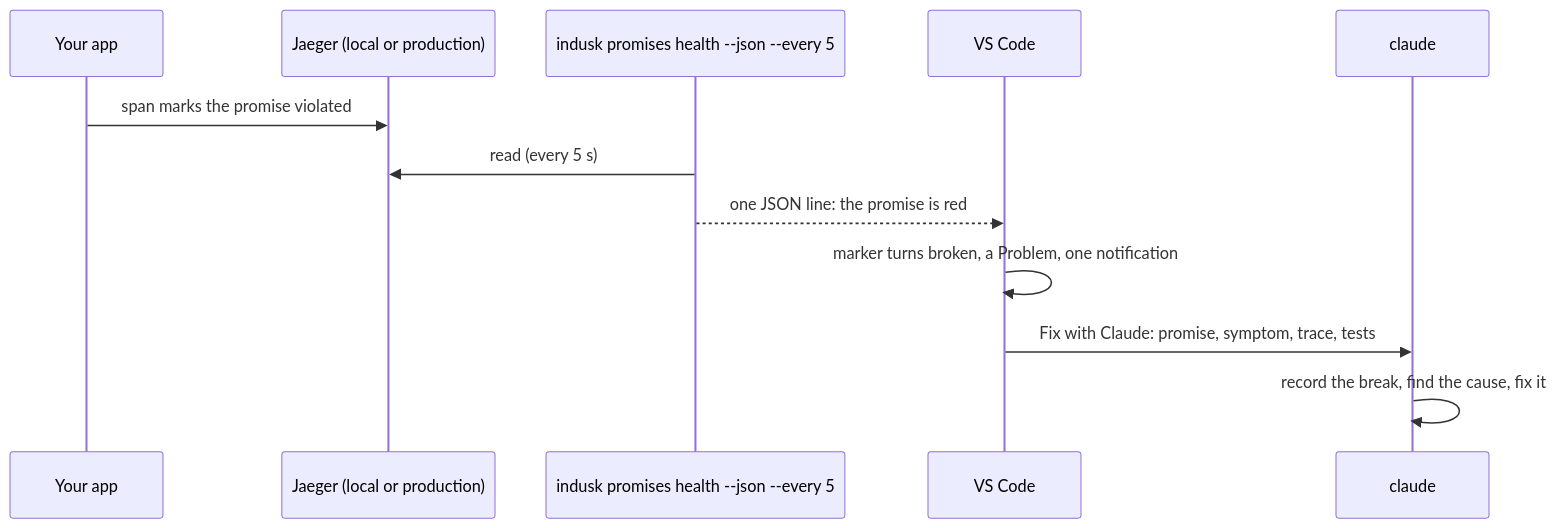
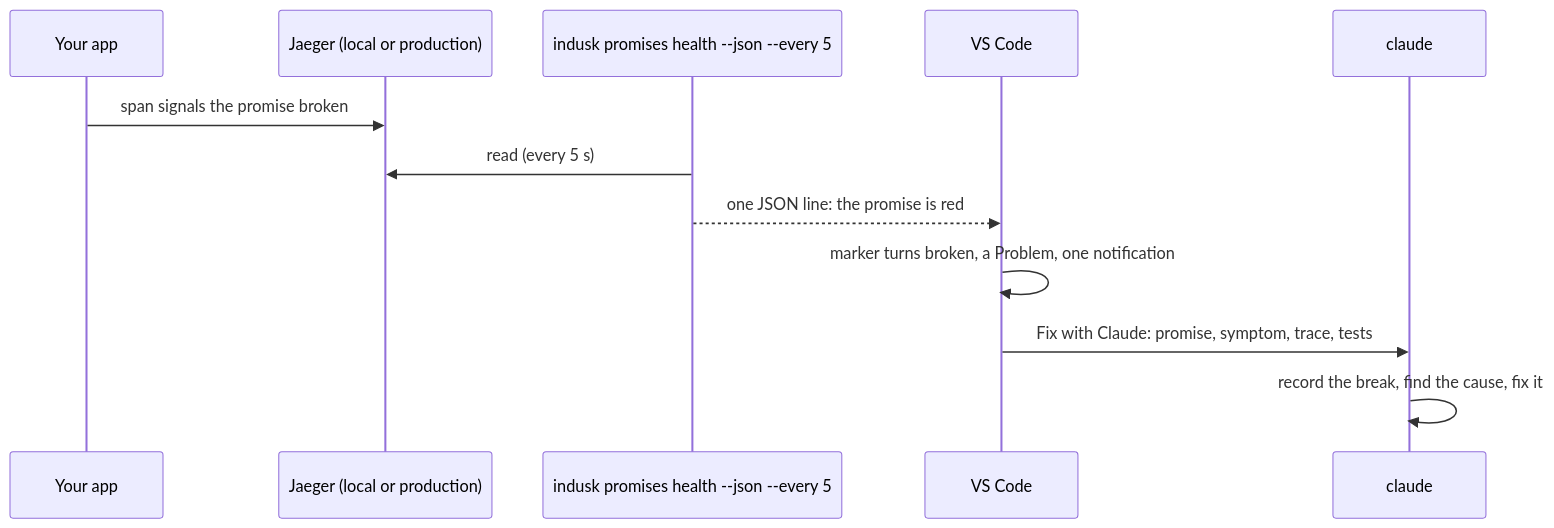
One commit to infinitedusky/indusk changed the diagram in apps/docs/src/guide/promises-in-your-editor.md. Above: the diagram before and after it, drawn with Mermaid. The commit also changed other lines of this file and 3 other files, not shown here.

````diff
--- a/apps/docs/src/guide/promises-in-your-editor.md
+++ b/apps/docs/src/guide/promises-in-your-editor.md
@@ -122,14 +123,14 @@
 ```mermaid
 sequenceDiagram
   participant App as Your app
   participant J as Jaeger (local or production)
   participant CLI as indusk promises health --json --every 5
   participant Ed as VS Code
   participant C as claude
-  App->>J: span marks the promise violated
+  App->>J: span signals the promise broken
   CLI->>J: read (every 5 s)
   CLI-->>Ed: one JSON line: the promise is red
   Ed->>Ed: marker turns broken, a Problem, one notification
   Ed->>C: Fix with Claude: promise, symptom, trace, tests
   C->>C: record the break, find the cause, fix it
 ```
````
